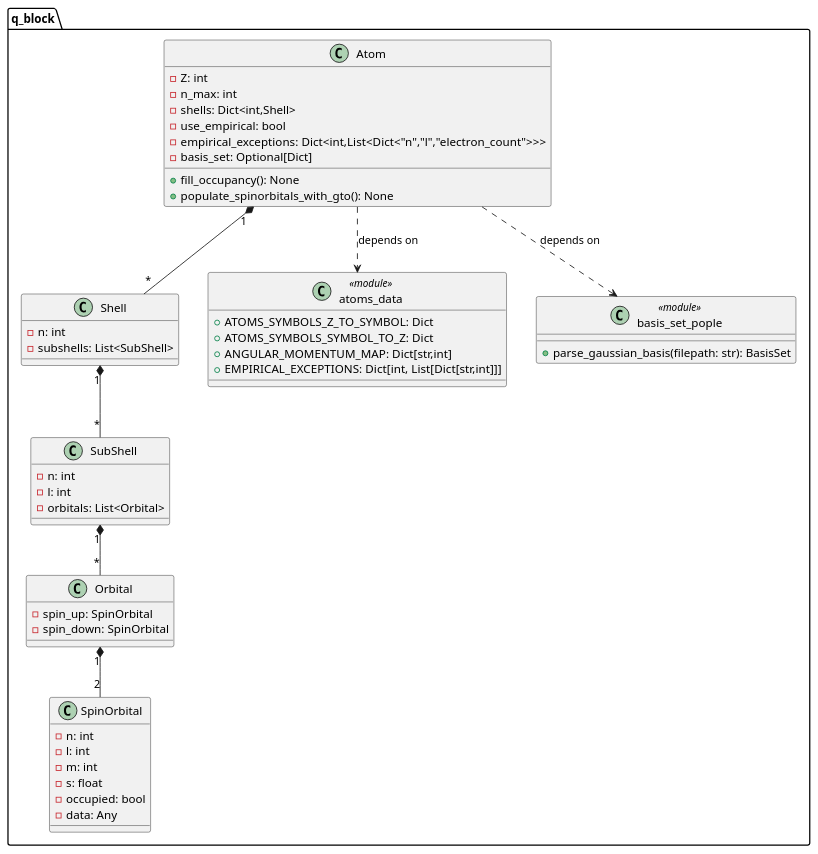
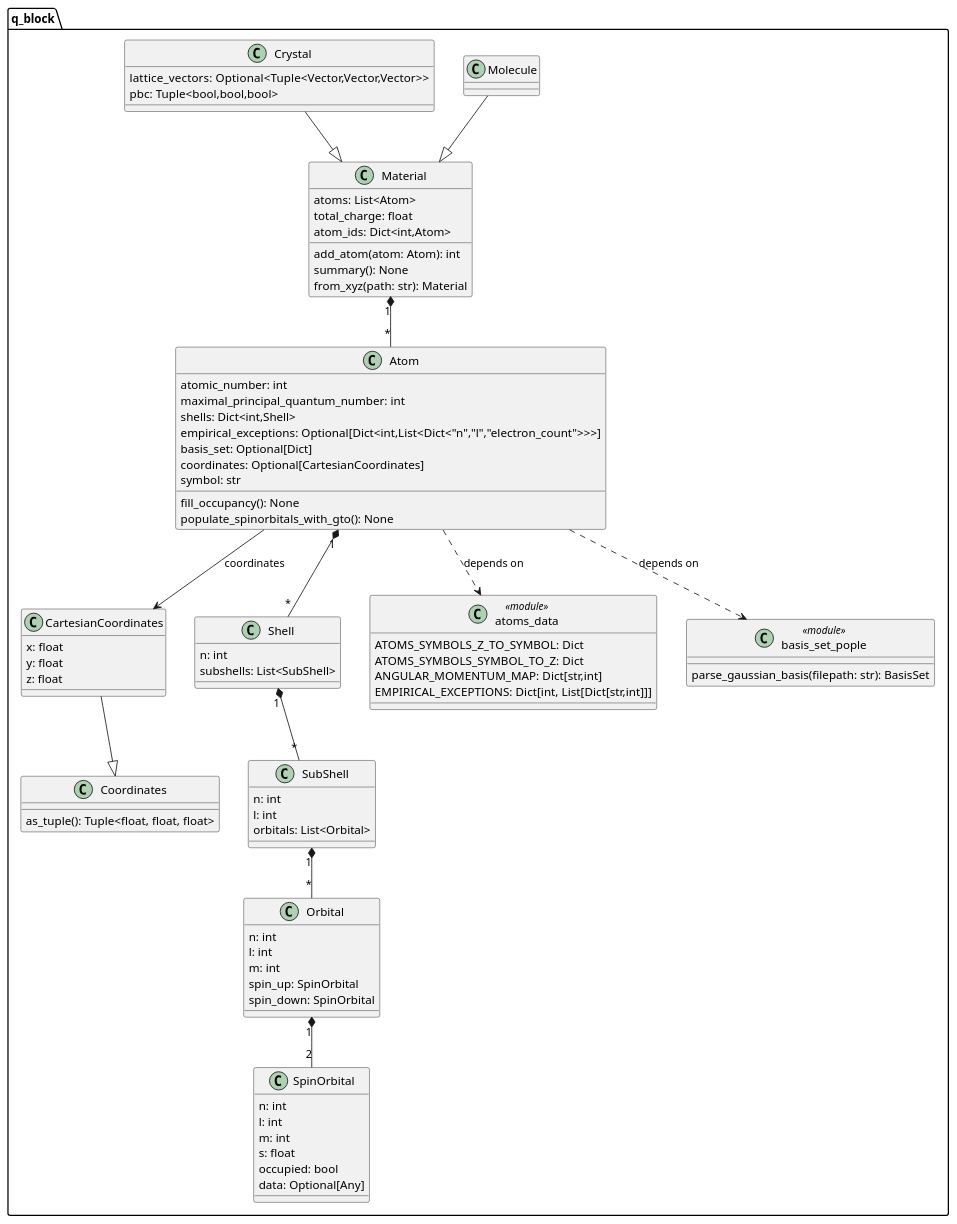
The diagram in architecture/bdd_q_block.puml (milosz-martynow/qBlock), drawn with PlantUML before and after one commit. The commit also changed 8 other files, not shown here.

```diff
--- a/architecture/bdd_q_block.puml
+++ b/architecture/bdd_q_block.puml
@@ -1,62 +1,107 @@
 @startuml
+' ==========================================================
 ' Block Definition Diagram for package q_block
+' ==========================================================
+
 package "q_block" {
 
-      class "Atom" {
-        - Z: int
-        - n_max: int
-        - shells: Dict<int,Shell>
-        - use_empirical: bool
-        - empirical_exceptions: Dict<int,List<Dict<"n","l","electron_count">>>
-        - basis_set: Optional[Dict]
-        + fill_occupancy(): None
-        + populate_spinorbitals_with_gto(): None
-      }
+    class "Atom" {
+        atomic_number: int
+        maximal_principal_quantum_number: int
+        shells: Dict<int,Shell>
+        empirical_exceptions: Optional[Dict<int,List<Dict<"n","l","electron_count">>>]
+        basis_set: Optional[Dict]
+        coordinates: Optional[CartesianCoordinates]
+        fill_occupancy(): None
+        populate_spinorbitals_with_gto(): None
+        symbol: str
+    }
+
+    class "CartesianCoordinates" {
+        x: float
+        y: float
+        z: float
+    }
+
+    class "Coordinates" {
+        as_tuple(): Tuple<float, float, float>
+    }
 
     class "SpinOrbital" {
-      - n: int
-      - l: int
-      - m: int
-      - s: float
-      - occupied: bool
-      - data: Any
-    }
-    class "Orbital" {
-      - spin_up: SpinOrbital
-      - spin_down: SpinOrbital
-    }
-    class "SubShell" {
-      - n: int
-      - l: int
-      - orbitals: List<Orbital>
-    }
-    class "Shell" {
-      - n: int
-      - subshells: List<SubShell>
+        n: int
+        l: int
+        m: int
+        s: float
+        occupied: bool
+        data: Optional[Any]
     }
 
-  ' Module shim for explicit module presence
- 
+    class "Orbital" {
+        n: int
+        l: int
+        m: int
+        spin_up: SpinOrbital
+        spin_down: SpinOrbital
+    }
+
+    class "SubShell" {
+        n: int
+        l: int
+        orbitals: List<Orbital>
+    }
+
+    class "Shell" {
+        n: int
+        subshells: List<SubShell>
+    }
+
+    class "Material" {
+        atoms: List<Atom>
+        total_charge: float
+        atom_ids: Dict<int,Atom>
+        add_atom(atom: Atom): int
+        summary(): None
+        from_xyz(path: str): Material
+    }
+
+    class "Molecule" {
+    }
+
+    class "Crystal" {
+        lattice_vectors: Optional<Tuple<Vector,Vector,Vector>>
+        pbc: Tuple<bool,bool,bool>
+    }
 
     class "atoms_data" as AD <<module>> {
-      + ATOMS_SYMBOLS_Z_TO_SYMBOL: Dict
-      + ATOMS_SYMBOLS_SYMBOL_TO_Z: Dict
-      + ANGULAR_MOMENTUM_MAP: Dict[str,int]
-      + EMPIRICAL_EXCEPTIONS: Dict[int, List[Dict[str,int]]]
+        ATOMS_SYMBOLS_Z_TO_SYMBOL: Dict
+        ATOMS_SYMBOLS_SYMBOL_TO_Z: Dict
+        ANGULAR_MOMENTUM_MAP: Dict[str,int]
+        EMPIRICAL_EXCEPTIONS: Dict[int, List[Dict[str,int]]]
     }
 
     class "basis_set_pople" as BSP <<module>> {
-      + parse_gaussian_basis(filepath: str): BasisSet
+        parse_gaussian_basis(filepath: str): BasisSet
     }
+
+    Atom --> CartesianCoordinates : coordinates
+    CartesianCoordinates --|> Coordinates
 }
 
+' ----------------------------------------------------------
 ' Relationships
+' ----------------------------------------------------------
+
 "Atom" "1" *-- "*" "Shell"
 "Shell" "1" *-- "*" "SubShell"
 "SubShell" "1" *-- "*" "Orbital"
 "Orbital" "1" *-- "2" "SpinOrbital"
 
-"Atom" ..> AD : depends on
+"Material" "1" *-- "*" "Atom"
+
+"Molecule" --|> "Material"
+"Crystal"  --|> "Material"
+
+"Atom" ..> AD  : depends on
 "Atom" ..> BSP : depends on
 
 @enduml
```
